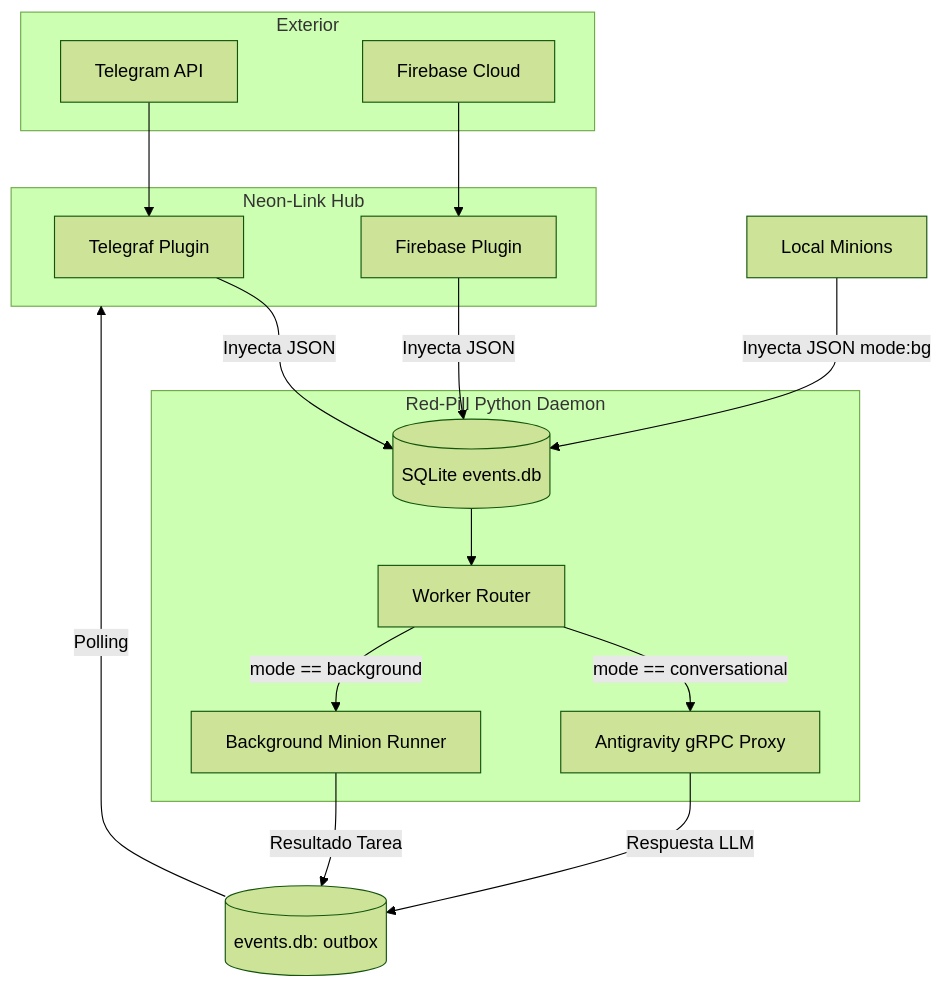
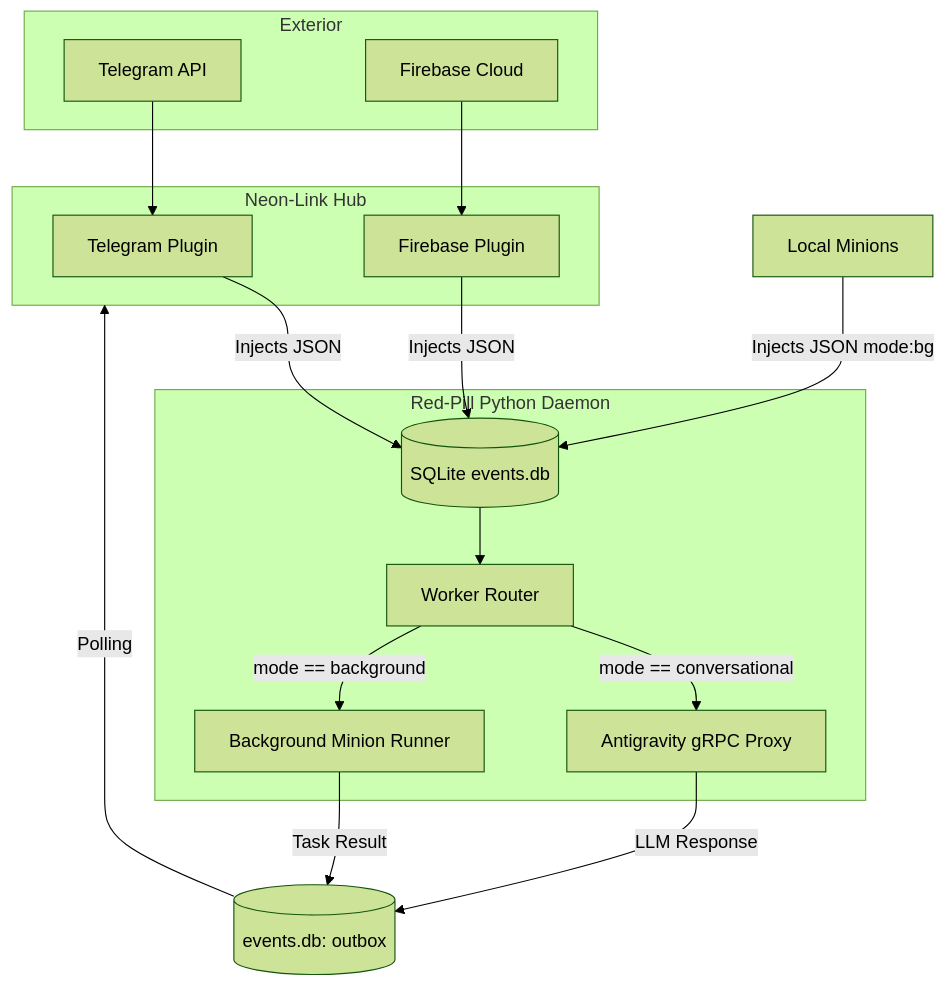
One commit to joanfgarcia/antigravity-red-pill changed the diagram in docs/TECHNICAL/EVENT_ROUTER_ARCHITECTURE.md. Above: the diagram before and after it, drawn with Mermaid (forest theme). The commit also changed other lines of this file and 2 other files, not shown here.

````diff
--- a/docs/TECHNICAL/EVENT_ROUTER_ARCHITECTURE.md
+++ b/docs/TECHNICAL/EVENT_ROUTER_ARCHITECTURE.md
@@ -38,39 +38,39 @@
 ```mermaid
 graph TD
     %% EXTERIOR (The Matrix)
     subgraph Exterior
     T[Telegram API]
     F[Firebase Cloud]
     end
 
     %% THE EDGE HUB (Neon-Link)
     subgraph Edge_Gateway [Neon-Link Hub]
-    NL_T[Telegraf Plugin]
+    NL_T[Telegram Plugin]
     NL_F[Firebase Plugin]
     T --> NL_T
     F --> NL_F
     end
 
     %% UNIFIED BUS
     DB[(SQLite events.db)]
-    NL_T -->|Inyecta JSON| DB
-    NL_F -->|Inyecta JSON| DB
-    M[Local Minions] -->|Inyecta JSON mode:bg| DB
+    NL_T -->|Injects JSON| DB
+    NL_F -->|Injects JSON| DB
+    M[Local Minions] -->|Injects JSON mode:bg| DB
 
     %% RED PILL CORE
     subgraph Sovereign_Kernel [Red-Pill Python Daemon]
     W[Worker Router]
     DB --> W
     
-    %% Enrutamiento Dinámico
+    %% Dynamic Routing
     W -->|mode == conversational| LS[Antigravity gRPC Proxy]
     W -->|mode == background| BG[Background Minion Runner]
     end
     
-    %% CICLO DE RESPUESTA
-    LS -->|Respuesta LLM| OUT[(events.db: outbox)]
-    BG -->|Resultado Tarea| OUT
+    %% RESPONSE CYCLE
+    LS -->|LLM Response| OUT[(events.db: outbox)]
+    BG -->|Task Result| OUT
     
-    %% SALIDA
+    %% OUTPUT
     OUT -->|Polling| Edge_Gateway
 ```
````
